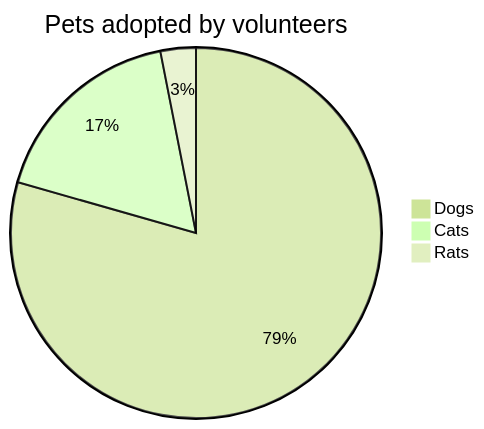
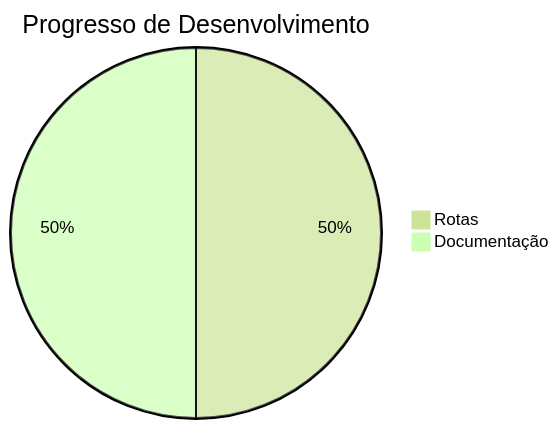
Before and after one commit to desenvolvimento03onnet/onnet-comissao-api: the diagram in README.md, drawn with Mermaid (forest theme).

Commit message:
Nono Commit, Alterações README

````diff
--- a/README.md
+++ b/README.md
@@ -47,6 +47,5 @@
 ```mermaid
-   pie title Pets adopted by volunteers
-    "Dogs" : 386
-    "Cats" : 85
-    "Rats" : 15
+   pie title Progresso de Desenvolvimento
+    "Rotas" : 100
+    "Documentação" : 100
 ```
````
